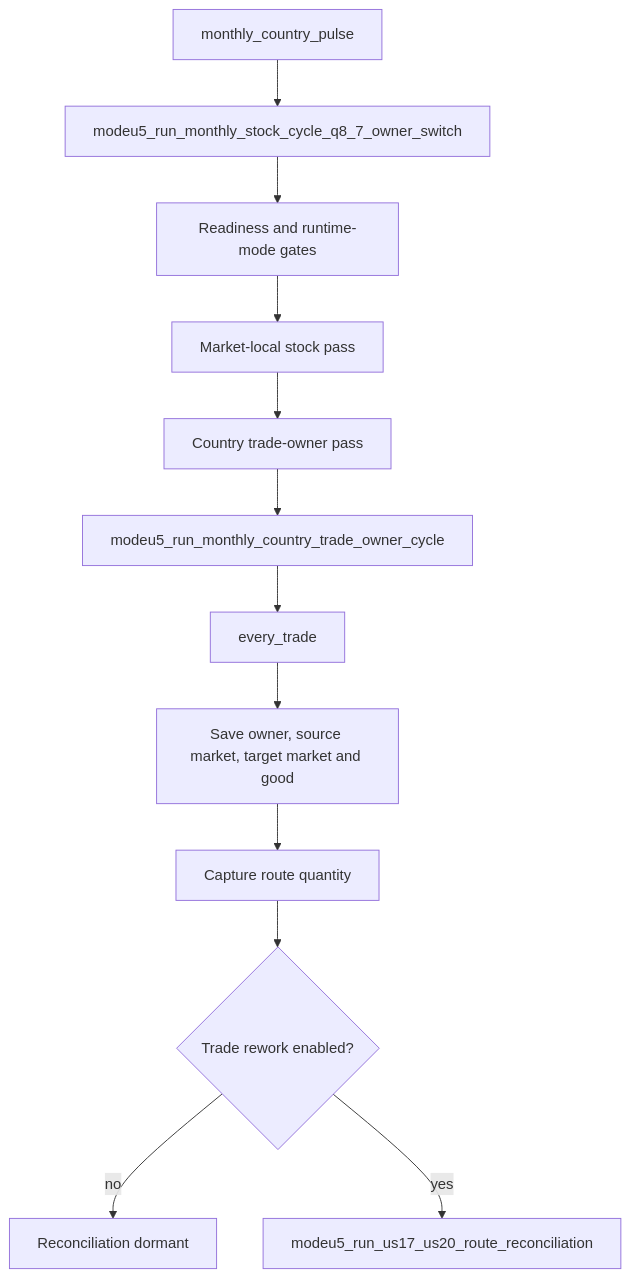
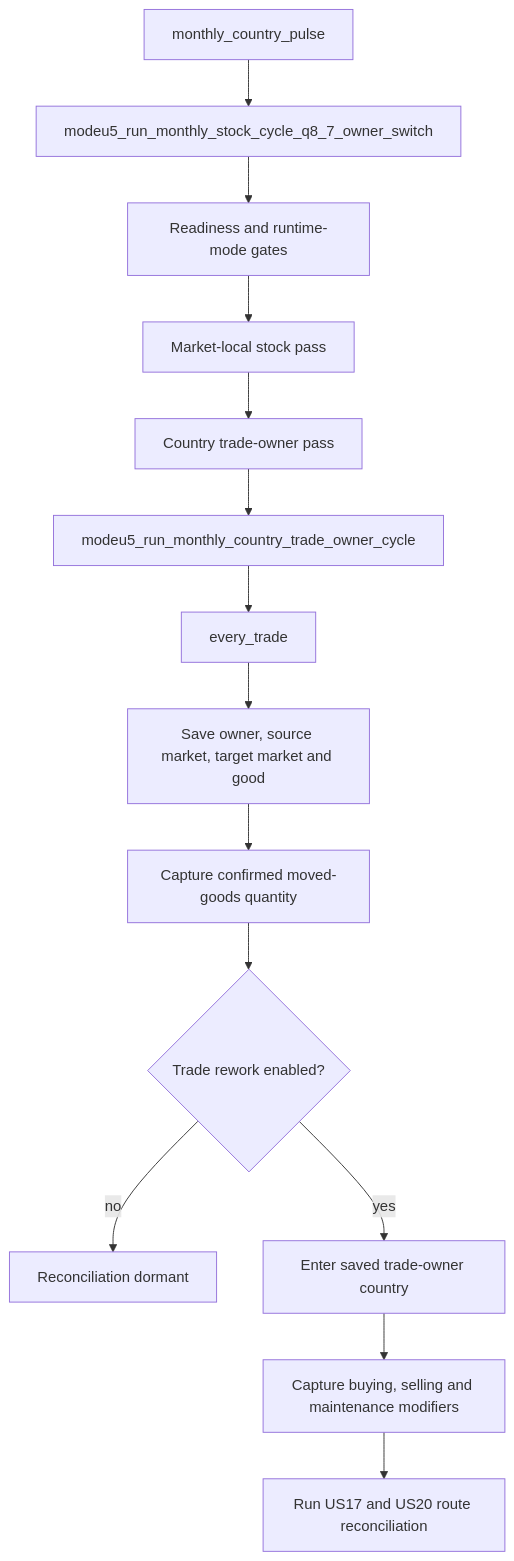
The first of 7 diagrams in docs/audits/pr107/Q5_workflow_state.md (eu5mod/eu5-no-void-economy), drawn with Mermaid before and after one commit. The commit also changed other lines of this file and 8 other files, not shown here.

First line of the commit message:
Read US17 trade efficiencies from owner modifiers

````diff
--- a/docs/audits/pr107/Q5_workflow_state.md
+++ b/docs/audits/pr107/Q5_workflow_state.md
@@ -27,14 +23,16 @@
 ```mermaid
 flowchart TD
     A[monthly_country_pulse] --> B[modeu5_run_monthly_stock_cycle_q8_7_owner_switch]
     B --> C[Readiness and runtime-mode gates]
     C --> D[Market-local stock pass]
     D --> E[Country trade-owner pass]
     E --> F[modeu5_run_monthly_country_trade_owner_cycle]
     F --> G[every_trade]
     G --> H[Save owner, source market, target market and good]
-    H --> I[Capture route quantity]
+    H --> I[Capture confirmed moved-goods quantity]
     I --> J{Trade rework enabled?}
     J -- no --> K[Reconciliation dormant]
-    J -- yes --> L[modeu5_run_us17_us20_route_reconciliation]
+    J -- yes --> L[Enter saved trade-owner country]
+    L --> M[Capture buying, selling and maintenance modifiers]
+    M --> N[Run US17 and US20 route reconciliation]
 ```
````
